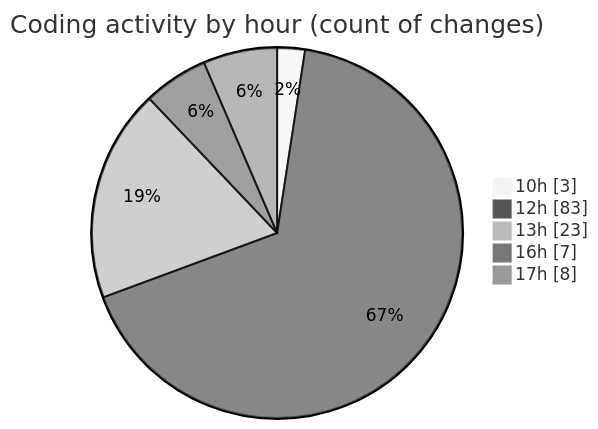
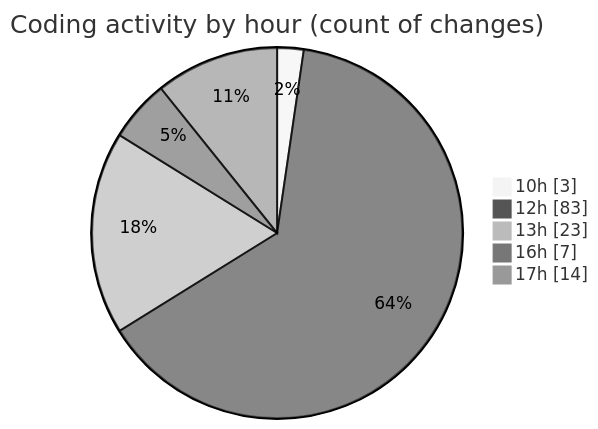
Before and after one commit to nxtqubesakshisongat/code-tracking: the second of 2 diagrams in 2025-05-27/nxtqube_webapp/README.md, drawn with Mermaid (neutral theme). The commit also changed other lines of this file and 1 other file, not shown here.

````diff
--- a/2025-05-27/nxtqube_webapp/README.md
+++ b/2025-05-27/nxtqube_webapp/README.md
@@ -35,9 +36,9 @@
 ```mermaid
 pie showData
 title Coding activity by hour (count of changes)
 "10h" : 3
 "12h" : 83
 "13h" : 23
 "16h" : 7
-"17h" : 8
+"17h" : 14
 ```
````
